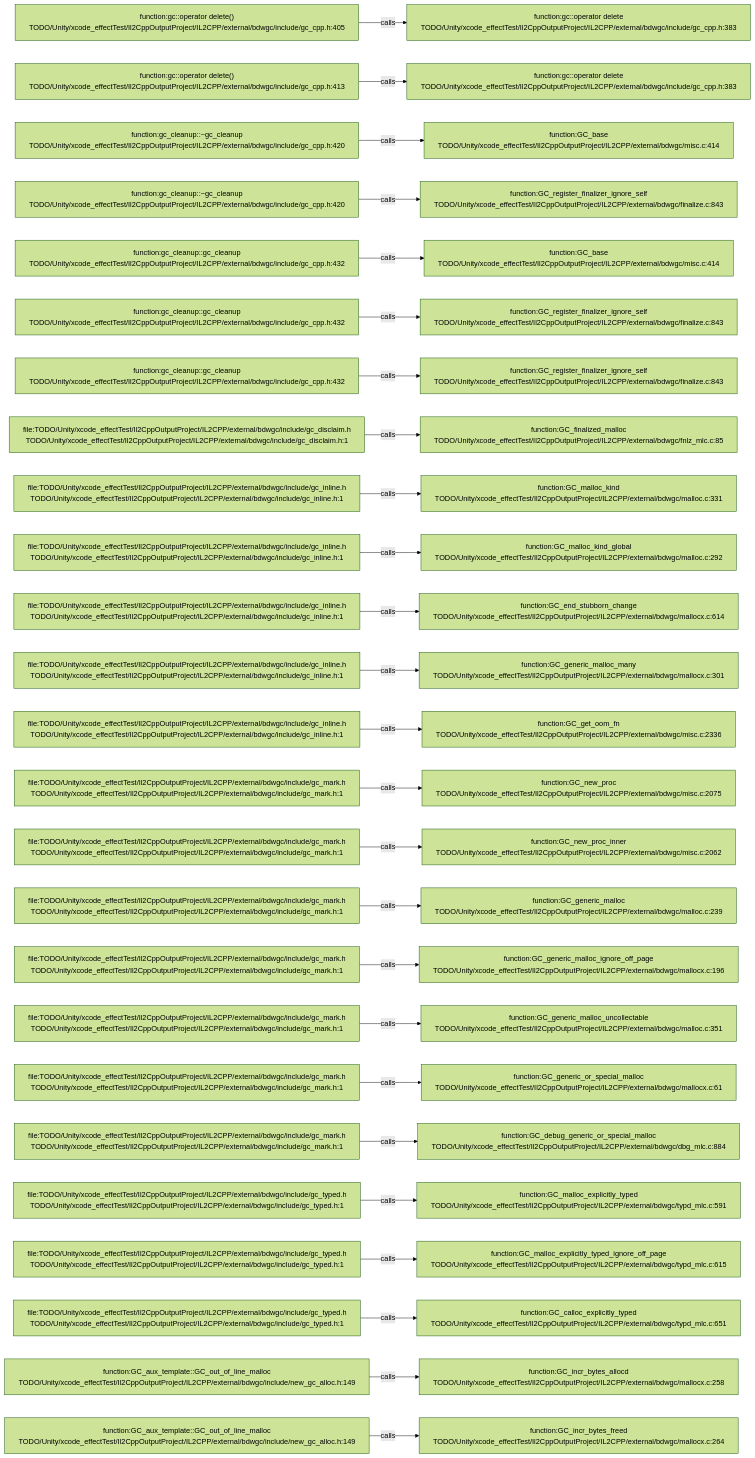
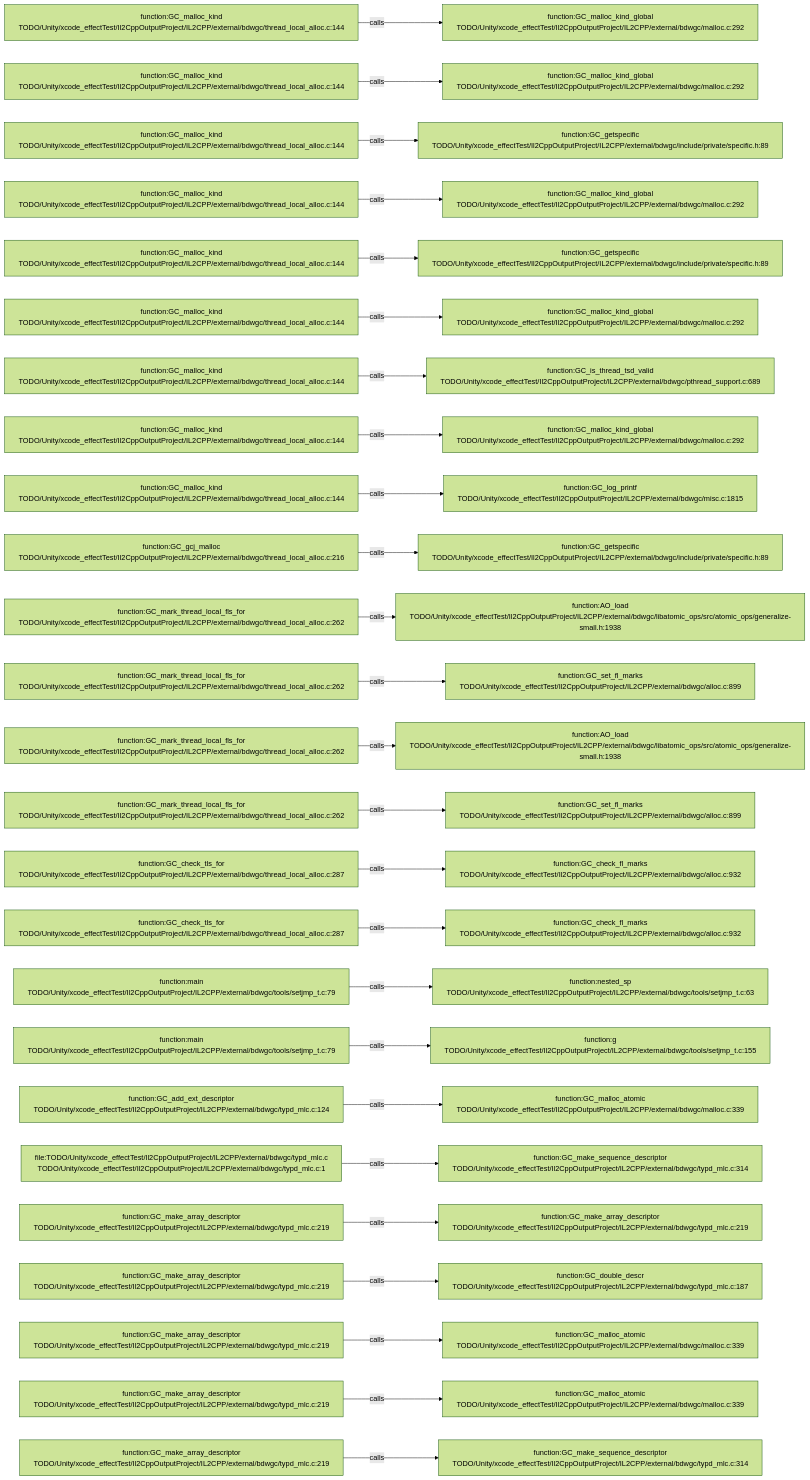
One commit to JobsKits/JobsSwiftBaseConfigDemo changed the diagram in .codegraph/codegraph.md/graphs/calls-181.md. Above: the diagram before and after it, drawn with Mermaid (forest theme). The commit also changed 227 other files, not shown here.

````diff
--- a/.codegraph/codegraph.md/graphs/calls-181.md
+++ b/.codegraph/codegraph.md/graphs/calls-181.md
@@ -13,78 +13,78 @@
 ```mermaid
 flowchart LR
-  S1["function:gc::operator delete()<br/>TODO/Unity/xcode_effectTest/Il2CppOutputProject/IL2CPP/external/bdwgc/include/gc_cpp.h:405"]
-  T1["function:gc::operator delete<br/>TODO/Unity/xcode_effectTest/Il2CppOutputProject/IL2CPP/external/bdwgc/include/gc_cpp.h:383"]
+  S1["function:GC_malloc_kind<br/>TODO/Unity/xcode_effectTest/Il2CppOutputProject/IL2CPP/external/bdwgc/thread_local_alloc.c:144"]
+  T1["function:GC_malloc_kind_global<br/>TODO/Unity/xcode_effectTest/Il2CppOutputProject/IL2CPP/external/bdwgc/malloc.c:292"]
   S1 -->|calls| T1
-  S2["function:gc::operator delete()<br/>TODO/Unity/xcode_effectTest/Il2CppOutputProject/IL2CPP/external/bdwgc/include/gc_cpp.h:413"]
-  T2["function:gc::operator delete<br/>TODO/Unity/xcode_effectTest/Il2CppOutputProject/IL2CPP/external/bdwgc/include/gc_cpp.h:383"]
+  S2["function:GC_malloc_kind<br/>TODO/Unity/xcode_effectTest/Il2CppOutputProject/IL2CPP/external/bdwgc/thread_local_alloc.c:144"]
+  T2["function:GC_malloc_kind_global<br/>TODO/Unity/xcode_effectTest/Il2CppOutputProject/IL2CPP/external/bdwgc/malloc.c:292"]
   S2 -->|calls| T2
-  S3["function:gc_cleanup::~gc_cleanup<br/>TODO/Unity/xcode_effectTest/Il2CppOutputProject/IL2CPP/external/bdwgc/include/gc_cpp.h:420"]
-  T3["function:GC_base<br/>TODO/Unity/xcode_effectTest/Il2CppOutputProject/IL2CPP/external/bdwgc/misc.c:414"]
+  S3["function:GC_malloc_kind<br/>TODO/Unity/xcode_effectTest/Il2CppOutputProject/IL2CPP/external/bdwgc/thread_local_alloc.c:144"]
+  T3["function:GC_getspecific<br/>TODO/Unity/xcode_effectTest/Il2CppOutputProject/IL2CPP/external/bdwgc/include/private/specific.h:89"]
   S3 -->|calls| T3
-  S4["function:gc_cleanup::~gc_cleanup<br/>TODO/Unity/xcode_effectTest/Il2CppOutputProject/IL2CPP/external/bdwgc/include/gc_cpp.h:420"]
-  T4["function:GC_register_finalizer_ignore_self<br/>TODO/Unity/xcode_effectTest/Il2CppOutputProject/IL2CPP/external/bdwgc/finalize.c:843"]
+  S4["function:GC_malloc_kind<br/>TODO/Unity/xcode_effectTest/Il2CppOutputProject/IL2CPP/external/bdwgc/thread_local_alloc.c:144"]
+  T4["function:GC_malloc_kind_global<br/>TODO/Unity/xcode_effectTest/Il2CppOutputProject/IL2CPP/external/bdwgc/malloc.c:292"]
   S4 -->|calls| T4
-  S5["function:gc_cleanup::gc_cleanup<br/>TODO/Unity/xcode_effectTest/Il2CppOutputProject/IL2CPP/external/bdwgc/include/gc_cpp.h:432"]
-  T5["function:GC_base<br/>TODO/Unity/xcode_effectTest/Il2CppOutputProject/IL2CPP/external/bdwgc/misc.c:414"]
+  S5["function:GC_malloc_kind<br/>TODO/Unity/xcode_effectTest/Il2CppOutputProject/IL2CPP/external/bdwgc/thread_local_alloc.c:144"]
+  T5["function:GC_getspecific<br/>TODO/Unity/xcode_effectTest/Il2CppOutputProject/IL2CPP/external/bdwgc/include/private/specific.h:89"]
   S5 -->|calls| T5
-  S6["function:gc_cleanup::gc_cleanup<br/>TODO/Unity/xcode_effectTest/Il2CppOutputProject/IL2CPP/external/bdwgc/include/gc_cpp.h:432"]
-  T6["function:GC_register_finalizer_ignore_self<br/>TODO/Unity/xcode_effectTest/Il2CppOutputProject/IL2CPP/external/bdwgc/finalize.c:843"]
+  S6["function:GC_malloc_kind<br/>TODO/Unity/xcode_effectTest/Il2CppOutputProject/IL2CPP/external/bdwgc/thread_local_alloc.c:144"]
+  T6["function:GC_malloc_kind_global<br/>TODO/Unity/xcode_effectTest/Il2CppOutputProject/IL2CPP/external/bdwgc/malloc.c:292"]
   S6 -->|calls| T6
-  S7["function:gc_cleanup::gc_cleanup<br/>TODO/Unity/xcode_effectTest/Il2CppOutputProject/IL2CPP/external/bdwgc/include/gc_cpp.h:432"]
-  T7["function:GC_register_finalizer_ignore_self<br/>TODO/Unity/xcode_effectTest/Il2CppOutputProject/IL2CPP/external/bdwgc/finalize.c:843"]
+  S7["function:GC_malloc_kind<br/>TODO/Unity/xcode_effectTest/Il2CppOutputProject/IL2CPP/external/bdwgc/thread_local_alloc.c:144"]
+  T7["function:GC_is_thread_tsd_valid<br/>TODO/Unity/xcode_effectTest/Il2CppOutputProject/IL2CPP/external/bdwgc/pthread_support.c:689"]
   S7 -->|calls| T7
-  S8["file:TODO/Unity/xcode_effectTest/Il2CppOutputProject/IL2CPP/external/bdwgc/include/gc_disclaim.h<br/>TODO/Unity/xcode_effectTest/Il2CppOutputProject/IL2CPP/external/bdwgc/include/gc_disclaim.h:1"]
-  T8["function:GC_finalized_malloc<br/>TODO/Unity/xcode_effectTest/Il2CppOutputProject/IL2CPP/external/bdwgc/fnlz_mlc.c:85"]
+  S8["function:GC_malloc_kind<br/>TODO/Unity/xcode_effectTest/Il2CppOutputProject/IL2CPP/external/bdwgc/thread_local_alloc.c:144"]
+  T8["function:GC_malloc_kind_global<br/>TODO/Unity/xcode_effectTest/Il2CppOutputProject/IL2CPP/external/bdwgc/malloc.c:292"]
   S8 -->|calls| T8
-  S9["file:TODO/Unity/xcode_effectTest/Il2CppOutputProject/IL2CPP/external/bdwgc/include/gc_inline.h<br/>TODO/Unity/xcode_effectTest/Il2CppOutputProject/IL2CPP/external/bdwgc/include/gc_inline.h:1"]
-  T9["function:GC_malloc_kind<br/>TODO/Unity/xcode_effectTest/Il2CppOutputProject/IL2CPP/external/bdwgc/malloc.c:331"]
+  S9["function:GC_malloc_kind<br/>TODO/Unity/xcode_effectTest/Il2CppOutputProject/IL2CPP/external/bdwgc/thread_local_alloc.c:144"]
+  T9["function:GC_log_printf<br/>TODO/Unity/xcode_effectTest/Il2CppOutputProject/IL2CPP/external/bdwgc/misc.c:1815"]
   S9 -->|calls| T9
-  S10["file:TODO/Unity/xcode_effectTest/Il2CppOutputProject/IL2CPP/external/bdwgc/include/gc_inline.h<br/>TODO/Unity/xcode_effectTest/Il2CppOutputProject/IL2CPP/external/bdwgc/include/gc_inline.h:1"]
-  T10["function:GC_malloc_kind_global<br/>TODO/Unity/xcode_effectTest/Il2CppOutputProject/IL2CPP/external/bdwgc/malloc.c:292"]
+  S10["function:GC_gcj_malloc<br/>TODO/Unity/xcode_effectTest/Il2CppOutputProject/IL2CPP/external/bdwgc/thread_local_alloc.c:216"]
+  T10["function:GC_getspecific<br/>TODO/Unity/xcode_effectTest/Il2CppOutputProject/IL2CPP/external/bdwgc/include/private/specific.h:89"]
   S10 -->|calls| T10
-  S11["file:TODO/Unity/xcode_effectTest/Il2CppOutputProject/IL2CPP/external/bdwgc/include/gc_inline.h<br/>TODO/Unity/xcode_effectTest/Il2CppOutputProject/IL2CPP/external/bdwgc/include/gc_inline.h:1"]
-  T11["function:GC_end_stubborn_change<br/>TODO/Unity/xcode_effectTest/Il2CppOutputProject/IL2CPP/external/bdwgc/mallocx.c:614"]
+  S11["function:GC_mark_thread_local_fls_for<br/>TODO/Unity/xcode_effectTest/Il2CppOutputProject/IL2CPP/external/bdwgc/thread_local_alloc.c:262"]
+  T11["function:AO_load<br/>TODO/Unity/xcode_effectTest/Il2CppOutputProject/IL2CPP/external/bdwgc/libatomic_ops/src/atomic_ops/generalize-small.h:1938"]
   S11 -->|calls| T11
-  S12["file:TODO/Unity/xcode_effectTest/Il2CppOutputProject/IL2CPP/external/bdwgc/include/gc_inline.h<br/>TODO/Unity/xcode_effectTest/Il2CppOutputProject/IL2CPP/external/bdwgc/include/gc_inline.h:1"]
-  T12["function:GC_generic_malloc_many<br/>TODO/Unity/xcode_effectTest/Il2CppOutputProject/IL2CPP/external/bdwgc/mallocx.c:301"]
+  S12["function:GC_mark_thread_local_fls_for<br/>TODO/Unity/xcode_effectTest/Il2CppOutputProject/IL2CPP/external/bdwgc/thread_local_alloc.c:262"]
+  T12["function:GC_set_fl_marks<br/>TODO/Unity/xcode_effectTest/Il2CppOutputProject/IL2CPP/external/bdwgc/alloc.c:899"]
   S12 -->|calls| T12
-  S13["file:TODO/Unity/xcode_effectTest/Il2CppOutputProject/IL2CPP/external/bdwgc/include/gc_inline.h<br/>TODO/Unity/xcode_effectTest/Il2CppOutputProject/IL2CPP/external/bdwgc/include/gc_inline.h:1"]
-  T13["function:GC_get_oom_fn<br/>TODO/Unity/xcode_effectTest/Il2CppOutputProject/IL2CPP/external/bdwgc/misc.c:2336"]
+  S13["function:GC_mark_thread_local_fls_for<br/>TODO/Unity/xcode_effectTest/Il2CppOutputProject/IL2CPP/external/bdwgc/thread_local_alloc.c:262"]
+  T13["function:AO_load<br/>TODO/Unity/xcode_effectTest/Il2CppOutputProject/IL2CPP/external/bdwgc/libatomic_ops/src/atomic_ops/generalize-small.h:1938"]
   S13 -->|calls| T13
-  S14["file:TODO/Unity/xcode_effectTest/Il2CppOutputProject/IL2CPP/external/bdwgc/include/gc_mark.h<br/>TODO/Unity/xcode_effectTest/Il2CppOutputProject/IL2CPP/external/bdwgc/include/gc_mark.h:1"]
-  T14["function:GC_new_proc<br/>TODO/Unity/xcode_effectTest/Il2CppOutputProject/IL2CPP/external/bdwgc/misc.c:2075"]
+  S14["function:GC_mark_thread_local_fls_for<br/>TODO/Unity/xcode_effectTest/Il2CppOutputProject/IL2CPP/external/bdwgc/thread_local_alloc.c:262"]
+  T14["function:GC_set_fl_marks<br/>TODO/Unity/xcode_effectTest/Il2CppOutputProject/IL2CPP/external/bdwgc/alloc.c:899"]
   S14 -->|calls| T14
-  S15["file:TODO/Unity/xcode_effectTest/Il2CppOutputProject/IL2CPP/external/bdwgc/include/gc_mark.h<br/>TODO/Unity/xcode_effectTest/Il2CppOutputProject/IL2CPP/external/bdwgc/include/gc_mark.h:1"]
-  T15["function:GC_new_proc_inner<br/>TODO/Unity/xcode_effectTest/Il2CppOutputProject/IL2CPP/external/bdwgc/misc.c:2062"]
+  S15["function:GC_check_tls_for<br/>TODO/Unity/xcode_effectTest/Il2CppOutputProject/IL2CPP/external/bdwgc/thread_local_alloc.c:287"]
+  T15["function:GC_check_fl_marks<br/>TODO/Unity/xcode_effectTest/Il2CppOutputProject/IL2CPP/external/bdwgc/alloc.c:932"]
   S15 -->|calls| T15
-  S16["file:TODO/Unity/xcode_effectTest/Il2CppOutputProject/IL2CPP/external/bdwgc/include/gc_mark.h<br/>TODO/Unity/xcode_effectTest/Il2CppOutputProject/IL2CPP/external/bdwgc/include/gc_mark.h:1"]
-  T16["function:GC_generic_malloc<br/>TODO/Unity/xcode_effectTest/Il2CppOutputProject/IL2CPP/external/bdwgc/malloc.c:239"]
+  S16["function:GC_check_tls_for<br/>TODO/Unity/xcode_effectTest/Il2CppOutputProject/IL2CPP/external/bdwgc/thread_local_alloc.c:287"]
+  T16["function:GC_check_fl_marks<br/>TODO/Unity/xcode_effectTest/Il2CppOutputProject/IL2CPP/external/bdwgc/alloc.c:932"]
   S16 -->|calls| T16
-  S17["file:TODO/Unity/xcode_effectTest/Il2CppOutputProject/IL2CPP/external/bdwgc/include/gc_mark.h<br/>TODO/Unity/xcode_effectTest/Il2CppOutputProject/IL2CPP/external/bdwgc/include/gc_mark.h:1"]
-  T17["function:GC_generic_malloc_ignore_off_page<br/>TODO/Unity/xcode_effectTest/Il2CppOutputProject/IL2CPP/external/bdwgc/mallocx.c:196"]
+  S17["function:main<br/>TODO/Unity/xcode_effectTest/Il2CppOutputProject/IL2CPP/external/bdwgc/tools/setjmp_t.c:79"]
+  T17["function:nested_sp<br/>TODO/Unity/xcode_effectTest/Il2CppOutputProject/IL2CPP/external/bdwgc/tools/setjmp_t.c:63"]
   S17 -->|calls| T17
-  S18["file:TODO/Unity/xcode_effectTest/Il2CppOutputProject/IL2CPP/external/bdwgc/include/gc_mark.h<br/>TODO/Unity/xcode_effectTest/Il2CppOutputProject/IL2CPP/external/bdwgc/include/gc_mark.h:1"]
-  T18["function:GC_generic_malloc_uncollectable<br/>TODO/Unity/xcode_effectTest/Il2CppOutputProject/IL2CPP/external/bdwgc/malloc.c:351"]
+  S18["function:main<br/>TODO/Unity/xcode_effectTest/Il2CppOutputProject/IL2CPP/external/bdwgc/tools/setjmp_t.c:79"]
+  T18["function:g<br/>TODO/Unity/xcode_effectTest/Il2CppOutputProject/IL2CPP/external/bdwgc/tools/setjmp_t.c:155"]
   S18 -->|calls| T18
-  S19["file:TODO/Unity/xcode_effectTest/Il2CppOutputProject/IL2CPP/external/bdwgc/include/gc_mark.h<br/>TODO/Unity/xcode_effectTest/Il2CppOutputProject/IL2CPP/external/bdwgc/include/gc_mark.h:1"]
-  T19["function:GC_generic_or_special_malloc<br/>TODO/Unity/xcode_effectTest/Il2CppOutputProject/IL2CPP/external/bdwgc/mallocx.c:61"]
+  S19["function:GC_add_ext_descriptor<br/>TODO/Unity/xcode_effectTest/Il2CppOutputProject/IL2CPP/external/bdwgc/typd_mlc.c:124"]
+  T19["function:GC_malloc_atomic<br/>TODO/Unity/xcode_effectTest/Il2CppOutputProject/IL2CPP/external/bdwgc/malloc.c:339"]
   S19 -->|calls| T19
-  S20["file:TODO/Unity/xcode_effectTest/Il2CppOutputProject/IL2CPP/external/bdwgc/include/gc_mark.h<br/>TODO/Unity/xcode_effectTest/Il2CppOutputProject/IL2CPP/external/bdwgc/include/gc_mark.h:1"]
-  T20["function:GC_debug_generic_or_special_malloc<br/>TODO/Unity/xcode_effectTest/Il2CppOutputProject/IL2CPP/external/bdwgc/dbg_mlc.c:884"]
+  S20["file:TODO/Unity/xcode_effectTest/Il2CppOutputProject/IL2CPP/external/bdwgc/typd_mlc.c<br/>TODO/Unity/xcode_effectTest/Il2CppOutputProject/IL2CPP/external/bdwgc/typd_mlc.c:1"]
+  T20["function:GC_make_sequence_descriptor<br/>TODO/Unity/xcode_effectTest/Il2CppOutputProject/IL2CPP/external/bdwgc/typd_mlc.c:314"]
   S20 -->|calls| T20
-  S21["file:TODO/Unity/xcode_effectTest/Il2CppOutputProject/IL2CPP/external/bdwgc/include/gc_typed.h<br/>TODO/Unity/xcode_effectTest/Il2CppOutputProject/IL2CPP/external/bdwgc/include/gc_typed.h:1"]
-  T21["function:GC_malloc_explicitly_typed<br/>TODO/Unity/xcode_effectTest/Il2CppOutputProject/IL2CPP/external/bdwgc/typd_mlc.c:591"]
+  S21["function:GC_make_array_descriptor<br/>TODO/Unity/xcode_effectTest/Il2CppOutputProject/IL2CPP/external/bdwgc/typd_mlc.c:219"]
+  T21["function:GC_make_array_descriptor<br/>TODO/Unity/xcode_effectTest/Il2CppOutputProject/IL2CPP/external/bdwgc/typd_mlc.c:219"]
   S21 -->|calls| T21
-  S22["file:TODO/Unity/xcode_effectTest/Il2CppOutputProject/IL2CPP/external/bdwgc/include/gc_typed.h<br/>TODO/Unity/xcode_effectTest/Il2CppOutputProject/IL2CPP/external/bdwgc/include/gc_typed.h:1"]
-  T22["function:GC_malloc_explicitly_typed_ignore_off_page<br/>TODO/Unity/xcode_effectTest/Il2CppOutputProject/IL2CPP/external/bdwgc/typd_mlc.c:615"]
+  S22["function:GC_make_array_descriptor<br/>TODO/Unity/xcode_effectTest/Il2CppOutputProject/IL2CPP/external/bdwgc/typd_mlc.c:219"]
+  T22["function:GC_double_descr<br/>TODO/Unity/xcode_effectTest/Il2CppOutputProject/IL2CPP/external/bdwgc/typd_mlc.c:187"]
   S22 -->|calls| T22
-  S23["file:TODO/Unity/xcode_effectTest/Il2CppOutputProject/IL2CPP/external/bdwgc/include/gc_typed.h<br/>TODO/Unity/xcode_effectTest/Il2CppOutputProject/IL2CPP/external/bdwgc/include/gc_typed.h:1"]
-  T23["function:GC_calloc_explicitly_typed<br/>TODO/Unity/xcode_effectTest/Il2CppOutputProject/IL2CPP/external/bdwgc/typd_mlc.c:651"]
+  S23["function:GC_make_array_descriptor<br/>TODO/Unity/xcode_effectTest/Il2CppOutputProject/IL2CPP/external/bdwgc/typd_mlc.c:219"]
+  T23["function:GC_malloc_atomic<br/>TODO/Unity/xcode_effectTest/Il2CppOutputProject/IL2CPP/external/bdwgc/malloc.c:339"]
   S23 -->|calls| T23
-  S24["function:GC_aux_template<dummy>::GC_out_of_line_malloc<br/>TODO/Unity/xcode_effectTest/Il2CppOutputProject/IL2CPP/external/bdwgc/include/new_gc_alloc.h:149"]
-  T24["function:GC_incr_bytes_allocd<br/>TODO/Unity/xcode_effectTest/Il2CppOutputProject/IL2CPP/external/bdwgc/mallocx.c:258"]
+  S24["function:GC_make_array_descriptor<br/>TODO/Unity/xcode_effectTest/Il2CppOutputProject/IL2CPP/external/bdwgc/typd_mlc.c:219"]
+  T24["function:GC_malloc_atomic<br/>TODO/Unity/xcode_effectTest/Il2CppOutputProject/IL2CPP/external/bdwgc/malloc.c:339"]
   S24 -->|calls| T24
-  S25["function:GC_aux_template<dummy>::GC_out_of_line_malloc<br/>TODO/Unity/xcode_effectTest/Il2CppOutputProject/IL2CPP/external/bdwgc/include/new_gc_alloc.h:149"]
-  T25["function:GC_incr_bytes_freed<br/>TODO/Unity/xcode_effectTest/Il2CppOutputProject/IL2CPP/external/bdwgc/mallocx.c:264"]
+  S25["function:GC_make_array_descriptor<br/>TODO/Unity/xcode_effectTest/Il2CppOutputProject/IL2CPP/external/bdwgc/typd_mlc.c:219"]
+  T25["function:GC_make_sequence_descriptor<br/>TODO/Unity/xcode_effectTest/Il2CppOutputProject/IL2CPP/external/bdwgc/typd_mlc.c:314"]
   S25 -->|calls| T25
 ```
````
